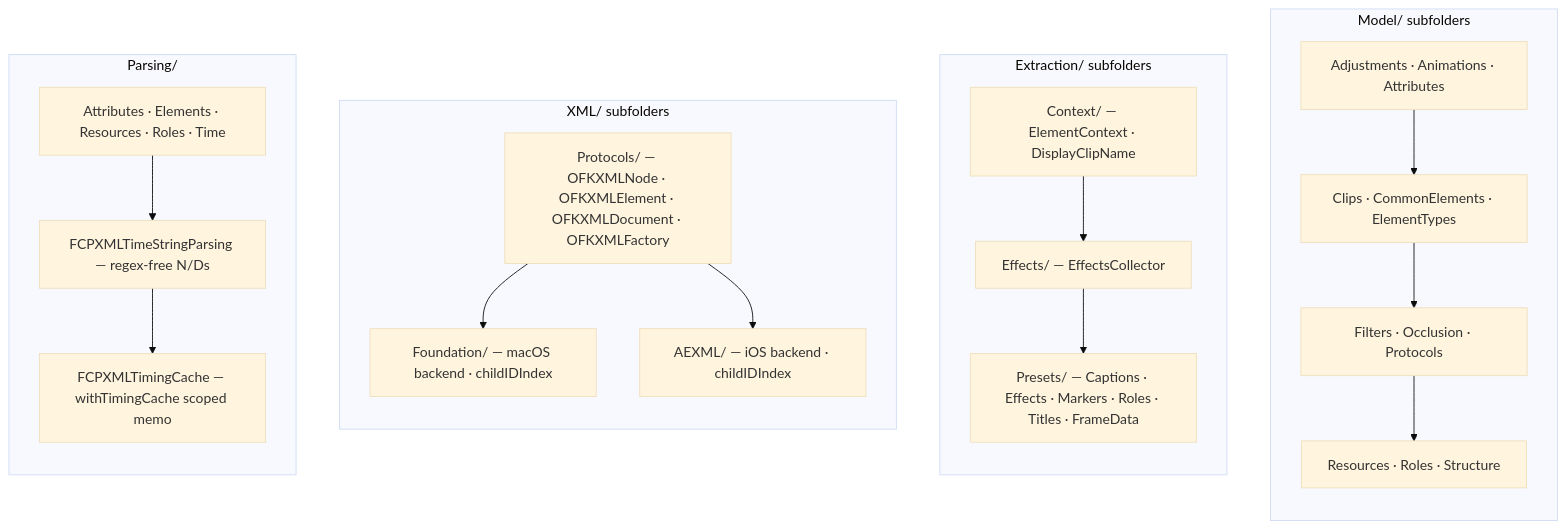
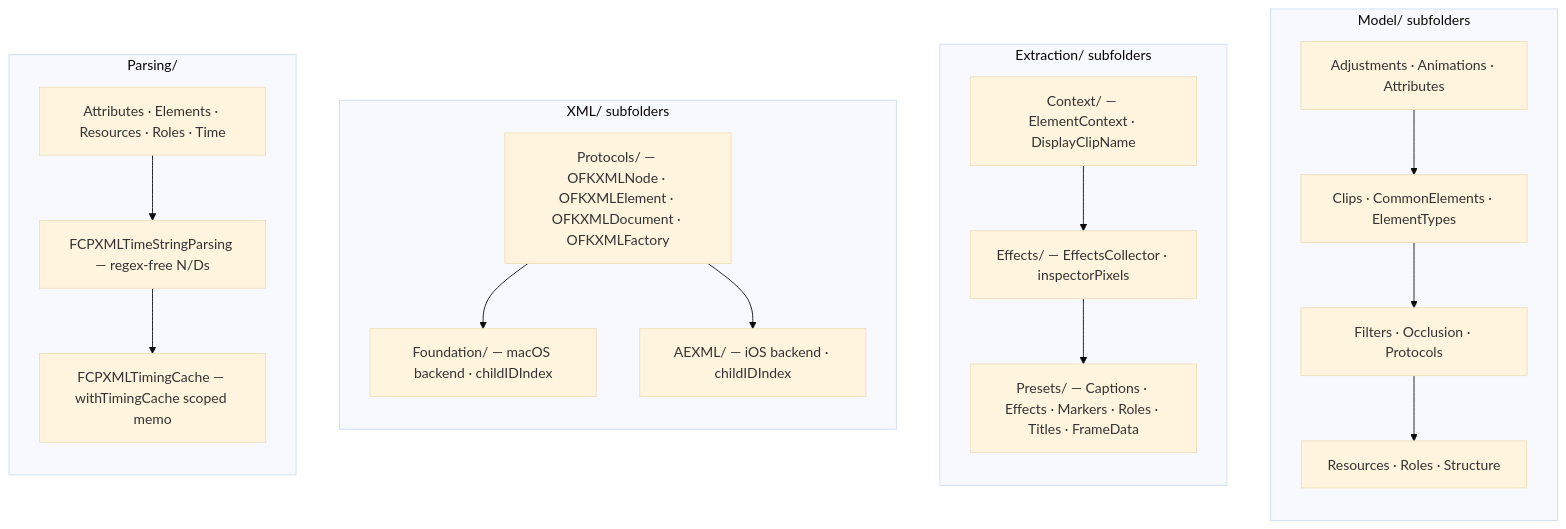
One commit to oofyuan/OpenFCPXMLKit changed the sixth of 6 diagrams in ARCHITECTURE.md. Above: the diagram before and after it, drawn with Mermaid (base theme). The commit also changed other lines of this file and 16 other files, not shown here.

````diff
--- a/ARCHITECTURE.md
+++ b/ARCHITECTURE.md
@@ -403,36 +403,36 @@
 ```mermaid
 flowchart TB
     subgraph MDL_SUB["Model/ subfolders"]
         direction TB
         M1["Adjustments · Animations · Attributes"]
         M2["Clips · CommonElements · ElementTypes"]
         M3["Filters · Occlusion · Protocols"]
         M4["Resources · Roles · Structure"]
         M1 --> M2 --> M3 --> M4
     end
 
     subgraph EXT_SUB["Extraction/ subfolders"]
         direction TB
         E1["Context/ — ElementContext · DisplayClipName"]
-        E2["Effects/ — EffectsCollector"]
+        E2["Effects/ — EffectsCollector · inspectorPixels"]
         E3["Presets/ — Captions · Effects · Markers · Roles · Titles · FrameData"]
         E1 --> E2 --> E3
     end
 
     subgraph XML_SUB["XML/ subfolders"]
         direction TB
         X1["Protocols/ — OFKXMLNode · OFKXMLElement · OFKXMLDocument · OFKXMLFactory"]
         X2["Foundation/ — macOS backend · childIDIndex"]
         X3["AEXML/ — iOS backend · childIDIndex"]
         X1 --> X2
         X1 --> X3
     end
 
     subgraph PRS_SUB["Parsing/"]
         direction TB
         PS1["Attributes · Elements · Resources · Roles · Time"]
         PS2["FCPXMLTimeStringParsing — regex-free N/Ds"]
         PS3["FCPXMLTimingCache — withTimingCache scoped memo"]
         PS1 --> PS2 --> PS3
     end
 ```
````
